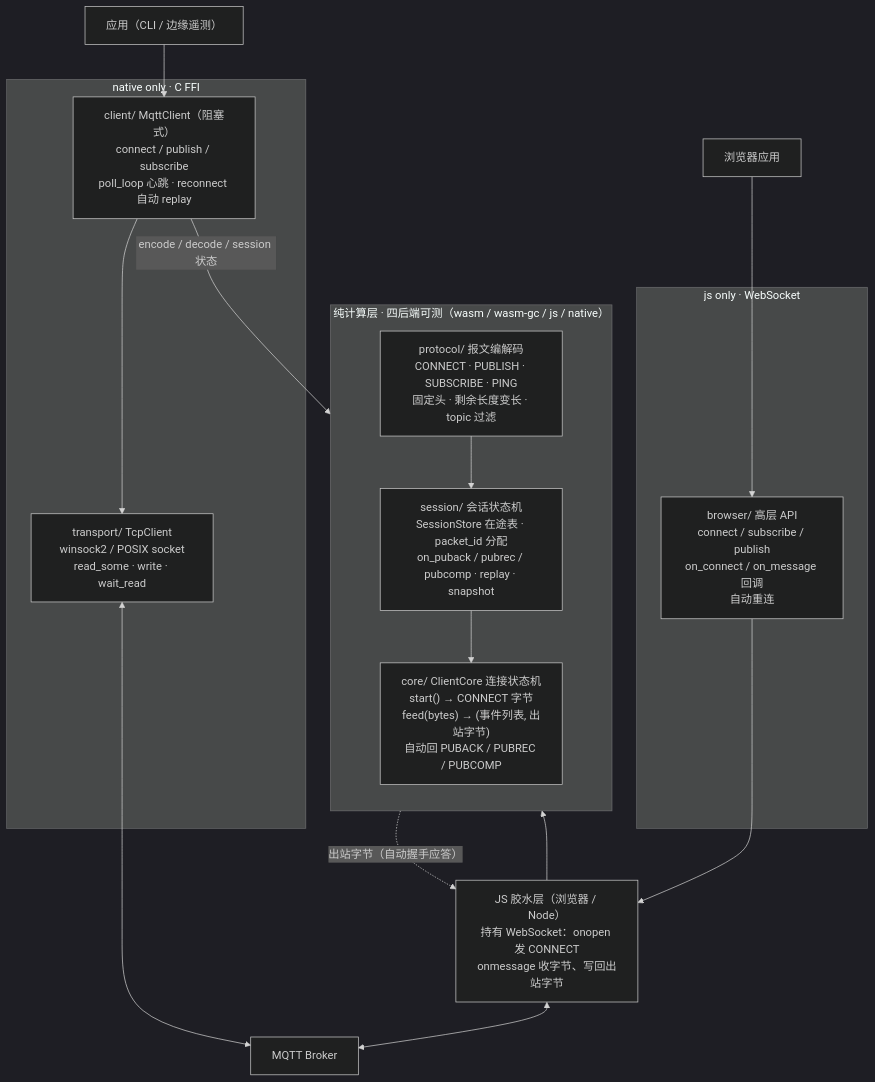
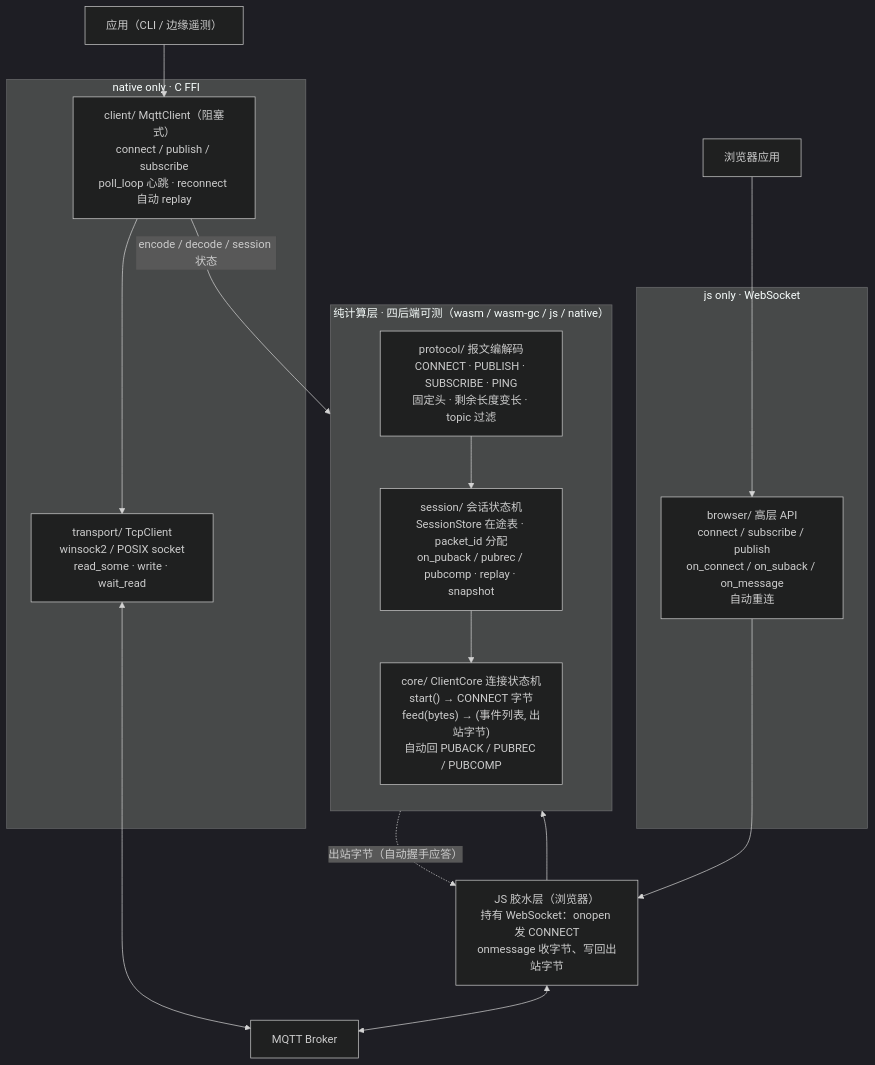
The first of 2 diagrams in README.md (Duckweed-yhb/moon-mqtt), drawn with Mermaid (dark theme) before and after one commit. The commit also changed other lines of this file and 14 other files, not shown here.

````diff
--- a/README.md
+++ b/README.md
@@ -198,32 +199,32 @@
 ```mermaid
 flowchart TB
     subgraph pure["纯计算层 · 四后端可测（wasm / wasm-gc / js / native）"]
         direction TB
         proto["protocol/ 报文编解码<br/>CONNECT · PUBLISH · SUBSCRIBE · PING<br/>固定头 · 剩余长度变长 · topic 过滤"]
         sess["session/ 会话状态机<br/>SessionStore 在途表 · packet_id 分配<br/>on_puback / pubrec / pubcomp · replay · snapshot"]
         core["core/ ClientCore 连接状态机<br/>start() → CONNECT 字节<br/>feed(bytes) → (事件列表, 出站字节)<br/>自动回 PUBACK / PUBREC / PUBCOMP"]
         proto --> sess --> core
     end
 
     subgraph native["native only · C FFI"]
         cli["client/ MqttClient（阻塞式）<br/>connect / publish / subscribe<br/>poll_loop 心跳 · reconnect 自动 replay"]
         tr["transport/ TcpClient<br/>winsock2 / POSIX socket<br/>read_some · write · wait_read"]
         cli --> tr
     end
 
     subgraph browser["js only · WebSocket"]
-        br["browser/ 高层 API<br/>connect / subscribe / publish<br/>on_connect / on_message 回调<br/>自动重连"]
+        br["browser/ 高层 API<br/>connect / subscribe / publish<br/>on_connect / on_suback / on_message<br/>自动重连"]
     end
 
-    glue["JS 胶水层（浏览器 / Node）<br/>持有 WebSocket：onopen 发 CONNECT<br/>onmessage 收字节、写回出站字节"]
+    glue["JS 胶水层（浏览器）<br/>持有 WebSocket：onopen 发 CONNECT<br/>onmessage 收字节、写回出站字节"]
 
     app1["应用（CLI / 边缘遥测）"] --> cli
     app2["浏览器应用"] --> br
     br --> glue
 
     glue --> core
     core -.->|"出站字节（自动握手应答）"| glue
     cli -->|"encode / decode / session 状态"| proto
     tr <--> broker["MQTT Broker"]
     glue <--> broker
 ```
````
